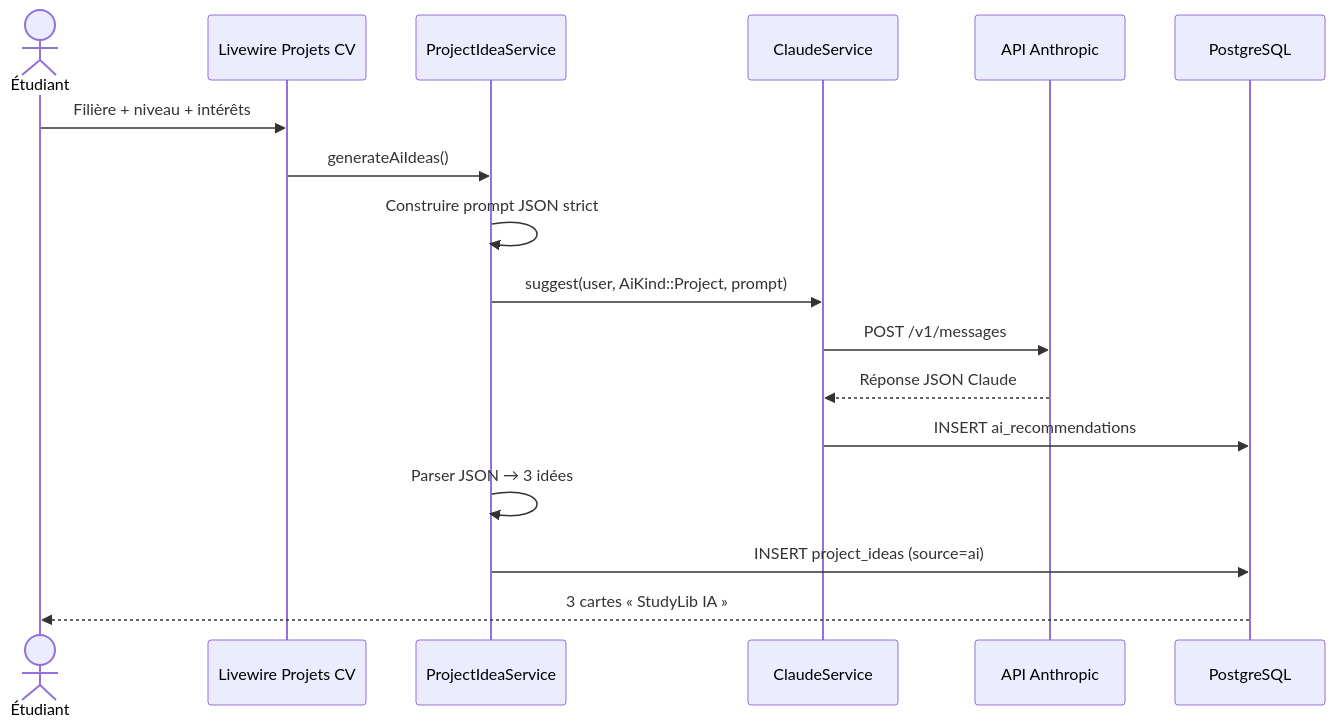
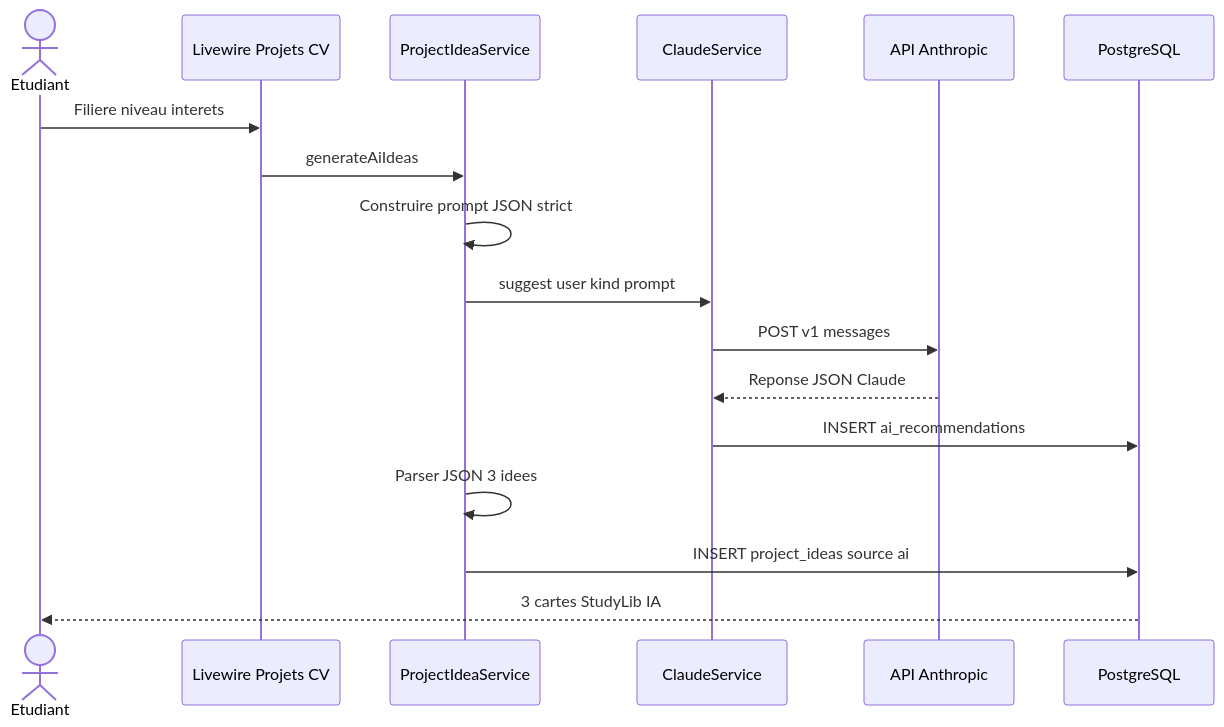
Diagram 12 of 15 in docs/RAPPORT.md (Claude20022002/StudyLib), drawn with Mermaid before and after one commit. The commit also changed other lines of this file, not shown here.

Commit message:
Update RAPPORT.md to enhance compatibility with GitHub by adjusting Mermaid diagram labels, standardizing terminology, and improving clarity in various sections, including functional modules and user flows.

````diff
--- a/docs/RAPPORT.md
+++ b/docs/RAPPORT.md
@@ -1356,20 +1373,20 @@
 ```mermaid
 sequenceDiagram
-    actor E as Étudiant
+    actor E as Etudiant
     participant UI as Livewire Projets CV
     participant PIS as ProjectIdeaService
     participant CS as ClaudeService
     participant API as API Anthropic
     participant DB as PostgreSQL
 
-    E->>UI: Filière + niveau + intérêts
-    UI->>PIS: generateAiIdeas()
+    E->>UI: Filiere niveau interets
+    UI->>PIS: generateAiIdeas
     PIS->>PIS: Construire prompt JSON strict
-    PIS->>CS: suggest(user, AiKind::Project, prompt)
-    CS->>API: POST /v1/messages
-    API-->>CS: Réponse JSON Claude
+    PIS->>CS: suggest user kind prompt
+    CS->>API: POST v1 messages
+    API-->>CS: Reponse JSON Claude
     CS->>DB: INSERT ai_recommendations
-    PIS->>PIS: Parser JSON → 3 idées
-    PIS->>DB: INSERT project_ideas (source=ai)
-    DB-->>E: 3 cartes « StudyLib IA »
+    PIS->>PIS: Parser JSON 3 idees
+    PIS->>DB: INSERT project_ideas source ai
+    DB-->>E: 3 cartes StudyLib IA
 ```
````
